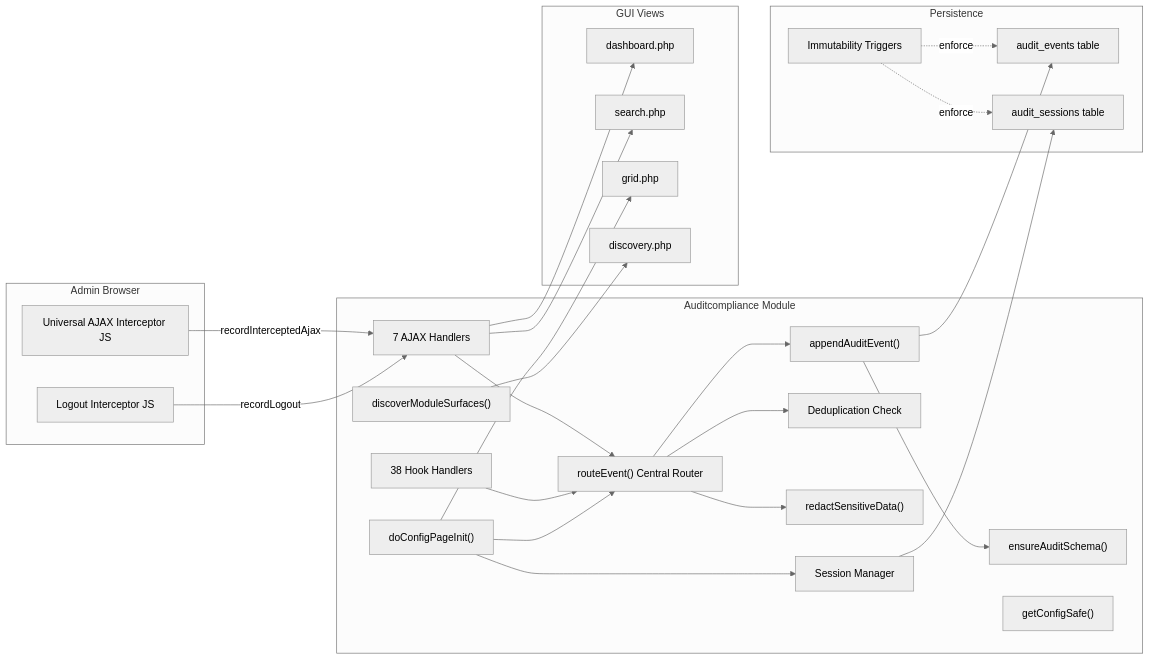
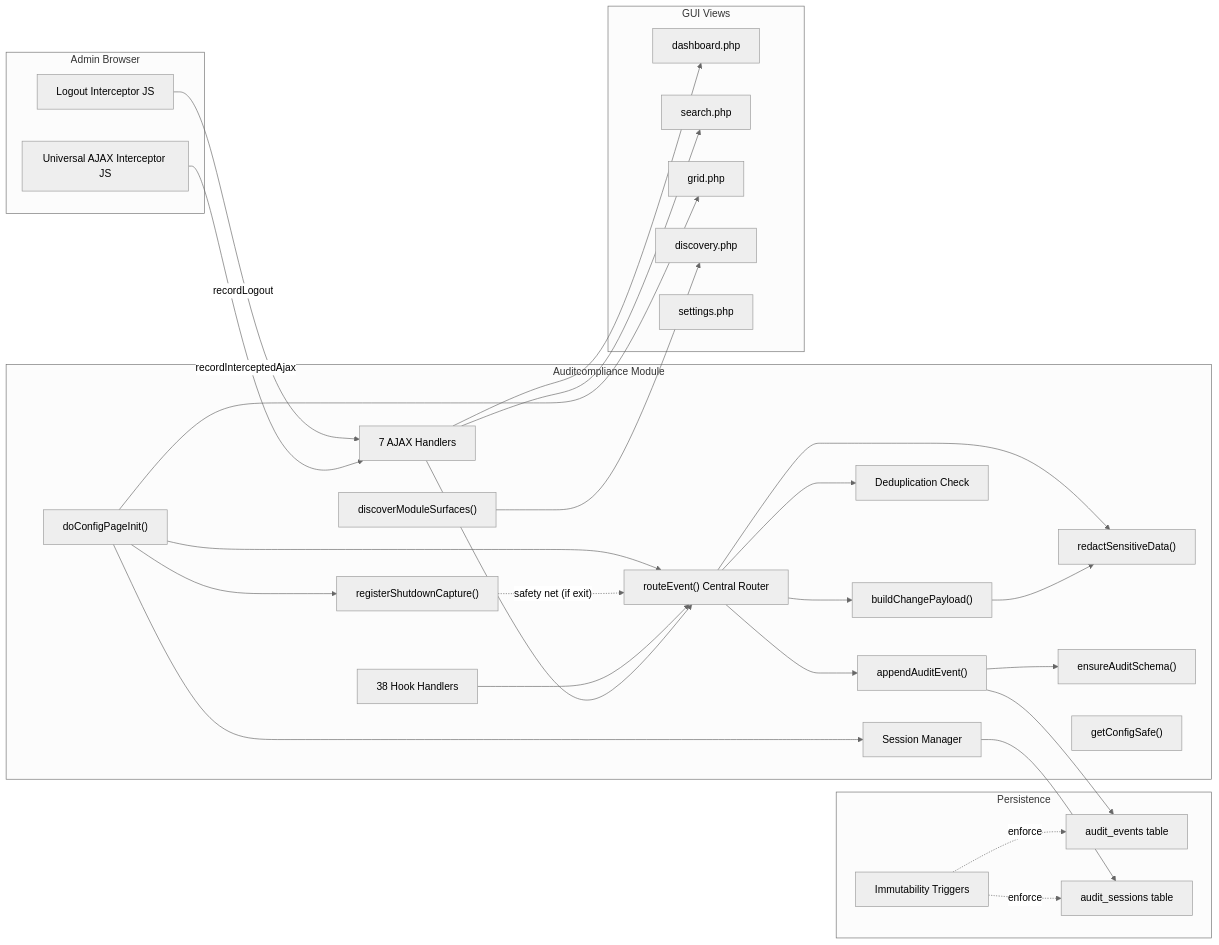
One commit to PhilipLykov/freepbx-audit changed the second of 5 diagrams in docs/architecture.md. Above: the diagram before and after it, drawn with Mermaid (neutral theme). The commit also changed other lines of this file and 14 other files, not shown here.

````diff
--- a/docs/architecture.md
+++ b/docs/architecture.md
@@ -44,53 +44,60 @@
 ```mermaid
 graph LR
     subgraph browser ["Admin Browser"]
         LogoutJS["Logout Interceptor JS"]
         AjaxJS["Universal AJAX Interceptor JS"]
     end
 
     subgraph module ["Auditcompliance Module"]
         PageInit["doConfigPageInit()"]
+        ShutdownCapture["registerShutdownCapture()"]
         SessionMgr["Session Manager"]
         RouteEvent["routeEvent() Central Router"]
         DedupCheck["Deduplication Check"]
         Redactor["redactSensitiveData()"]
         EventWriter["appendAuditEvent()"]
+        ChangeDiff["buildChangePayload()"]
         HookHandlers["38 Hook Handlers"]
         AjaxHandlers["7 AJAX Handlers"]
         SchemaManager["ensureAuditSchema()"]
         ConfigSafe["getConfigSafe()"]
         Discovery["discoverModuleSurfaces()"]
     end
 
     subgraph storage ["Persistence"]
         AuditDB2["audit_events table"]
         SessionDB["audit_sessions table"]
         Triggers["Immutability Triggers"]
     end
 
     subgraph views ["GUI Views"]
         Dashboard["dashboard.php"]
         Search["search.php"]
         Timeline["grid.php"]
         DiscoveryView["discovery.php"]
+        SettingsView["settings.php"]
     end
 
     LogoutJS -->|recordLogout| AjaxHandlers
     AjaxJS -->|recordInterceptedAjax| AjaxHandlers
     PageInit --> SessionMgr
+    PageInit --> ShutdownCapture
     PageInit --> RouteEvent
+    ShutdownCapture -.->|"safety net (if exit)"| RouteEvent
     HookHandlers --> RouteEvent
     AjaxHandlers --> RouteEvent
     RouteEvent --> DedupCheck
     RouteEvent --> Redactor
     RouteEvent --> EventWriter
+    RouteEvent --> ChangeDiff
+    ChangeDiff --> Redactor
     EventWriter --> SchemaManager
     EventWriter --> AuditDB2
     SessionMgr --> SessionDB
     Triggers -.->|enforce| AuditDB2
     Triggers -.->|enforce| SessionDB
     AjaxHandlers --> Search
     AjaxHandlers --> Dashboard
     PageInit --> Timeline
     Discovery --> DiscoveryView
 ```
````
